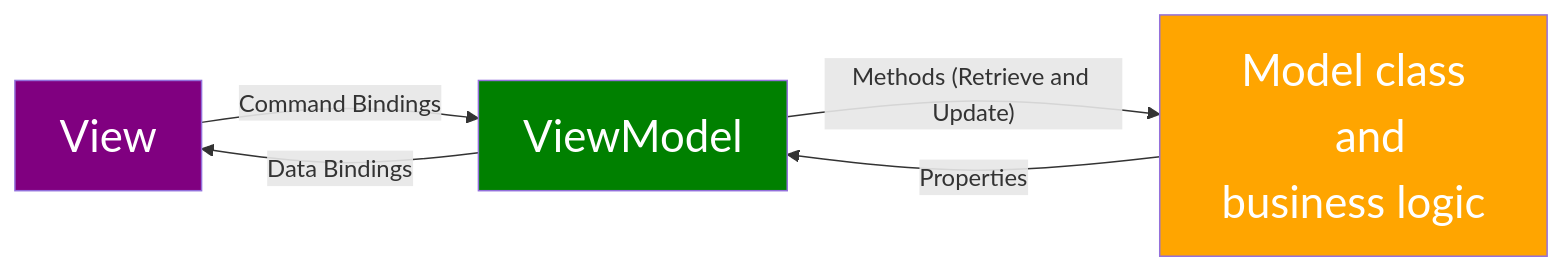
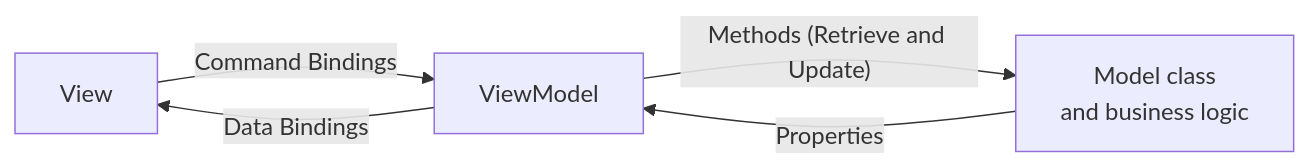
Before and after one commit to sdsanchezm/csharp-wpf-mvvm: the diagram in README.md, drawn with Mermaid.

Commit message:
adjusting mermaid

````diff
--- a/README.md
+++ b/README.md
@@ -7,15 +7,11 @@
 ```mermaid
 flowchart LR
-    ViewX["View"]:::bg1
-    ViewModelX["ViewModel"]:::bg2
+    ViewX["View"]
+    ViewModelX["ViewModel"]
     ModelX["Model class
-    and business logic"]:::bg3
+    and business logic"]
     ViewX --Command Bindings--> ViewModelX
     ViewModelX -- Data Bindings --> ViewX
     ViewModelX --Methods (Retrieve and Update)--> ModelX
     ModelX --Properties--> ViewModelX
-    classDef fs1 font-size:12pt;
-    classDef bg1 fill:purple, font-size:22pt, color:#FFF;
-    classDef bg2 fill:green, font-size:22pt, color:#FFF;
-    classDef bg3 fill:orange, font-size:22pt, color:#FFF;
 ```
````
